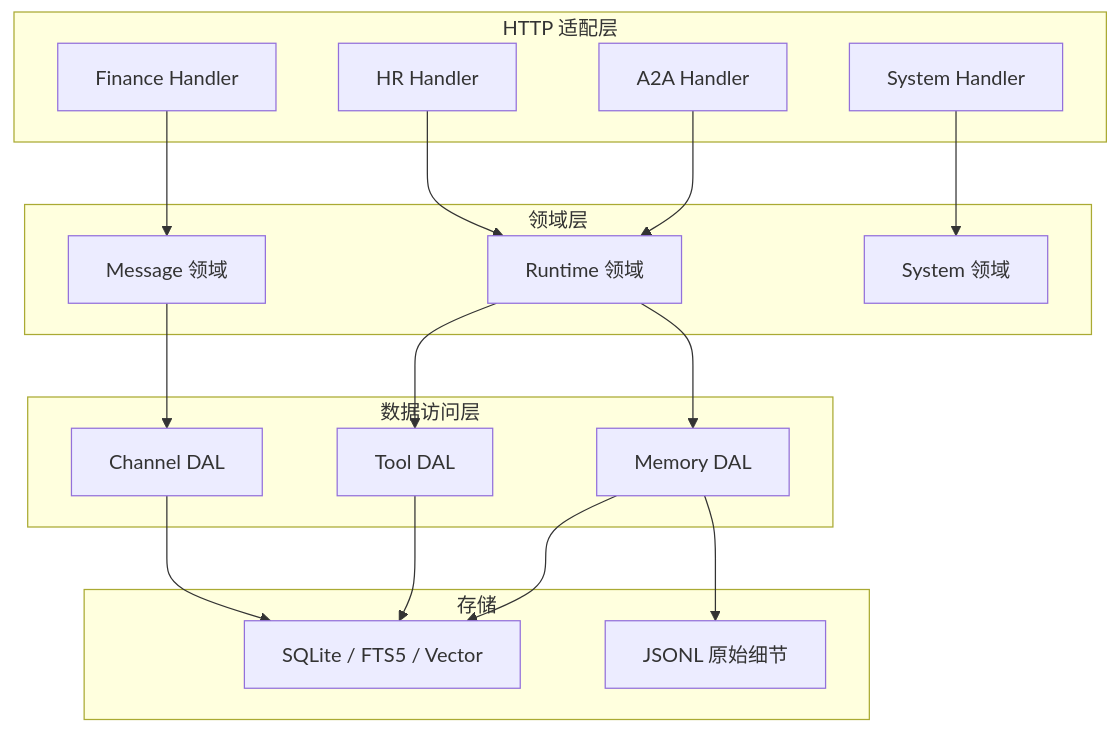
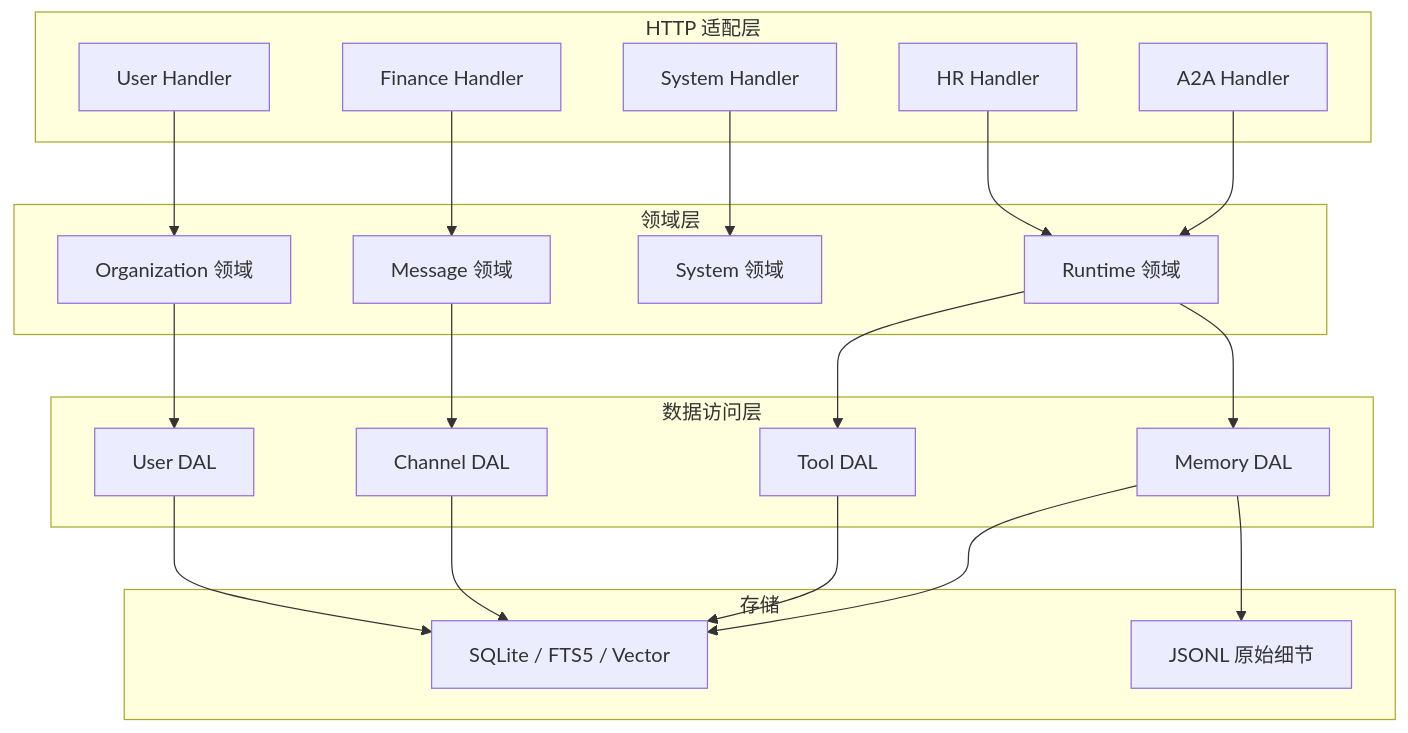
The first of 9 diagrams in .qoder/repowiki/zh/content/项目概述/核心功能特性/核心功能特性.md (runningcoders/ai_orz), drawn with Mermaid before and after one commit. The commit also changed other lines of this file and 5 other files, not shown here.

````diff
--- a/.qoder/repowiki/zh/content/项目概述/核心功能特性/核心功能特性.md
+++ b/.qoder/repowiki/zh/content/项目概述/核心功能特性/核心功能特性.md
@@ -42,34 +58,40 @@
 ```mermaid
 graph TB
 subgraph "HTTP 适配层"
 H_A2A["A2A Handler"]
 H_HR["HR Handler"]
 H_Finance["Finance Handler"]
 H_System["System Handler"]
+H_User["User Handler"]
 end
 subgraph "领域层"
 D_Runtime["Runtime 领域"]
 D_Message["Message 领域"]
 D_System["System 领域"]
+D_Organization["Organization 领域"]
 end
 subgraph "数据访问层"
 DAL_Memory["Memory DAL"]
 DAL_Tool["Tool DAL"]
 DAL_Channel["Channel DAL"]
+DAL_User["User DAL"]
 end
 subgraph "存储"
 DB["SQLite / FTS5 / Vector"]
 Files["JSONL 原始细节"]
 end
 H_A2A --> D_Runtime
 H_HR --> D_Runtime
 H_Finance --> D_Message
 H_System --> D_System
+H_User --> D_Organization
 D_Runtime --> DAL_Memory
 D_Runtime --> DAL_Tool
 D_Message --> DAL_Channel
+D_Organization --> DAL_User
 DAL_Memory --> DB
 DAL_Memory --> Files
 DAL_Tool --> DB
 DAL_Channel --> DB
+DAL_User --> DB
 ```
````
